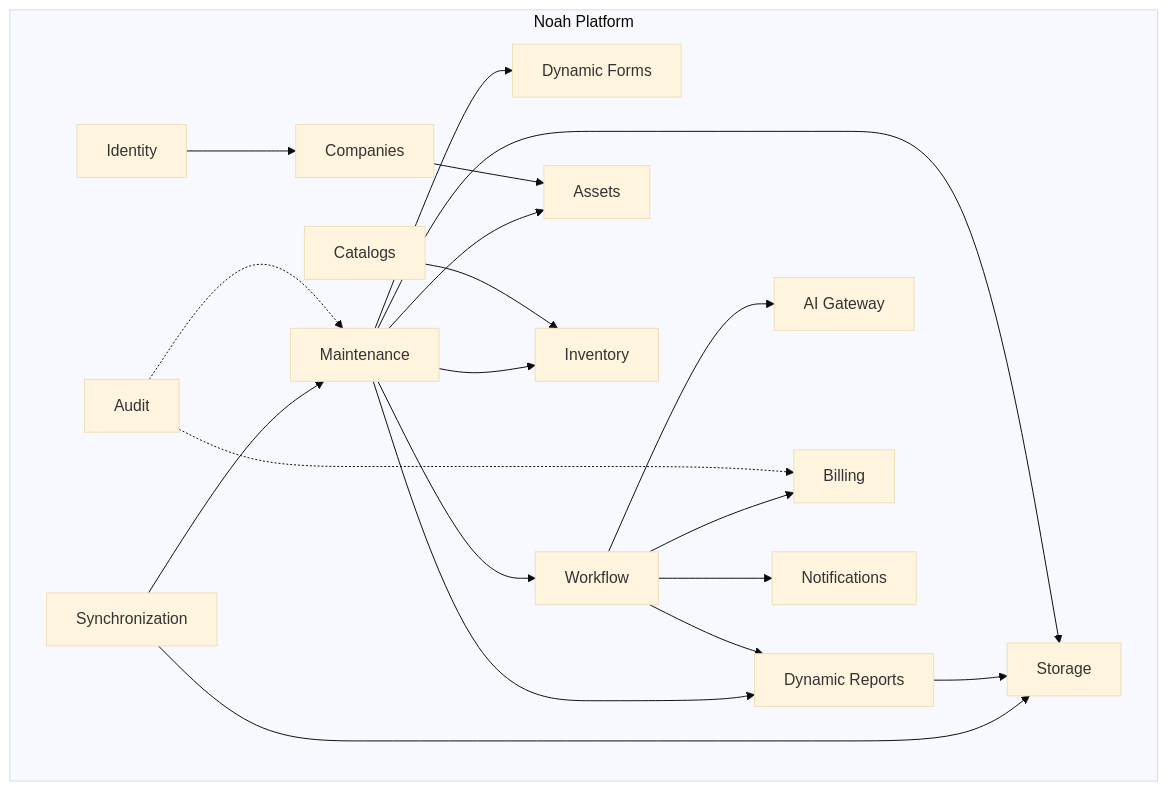
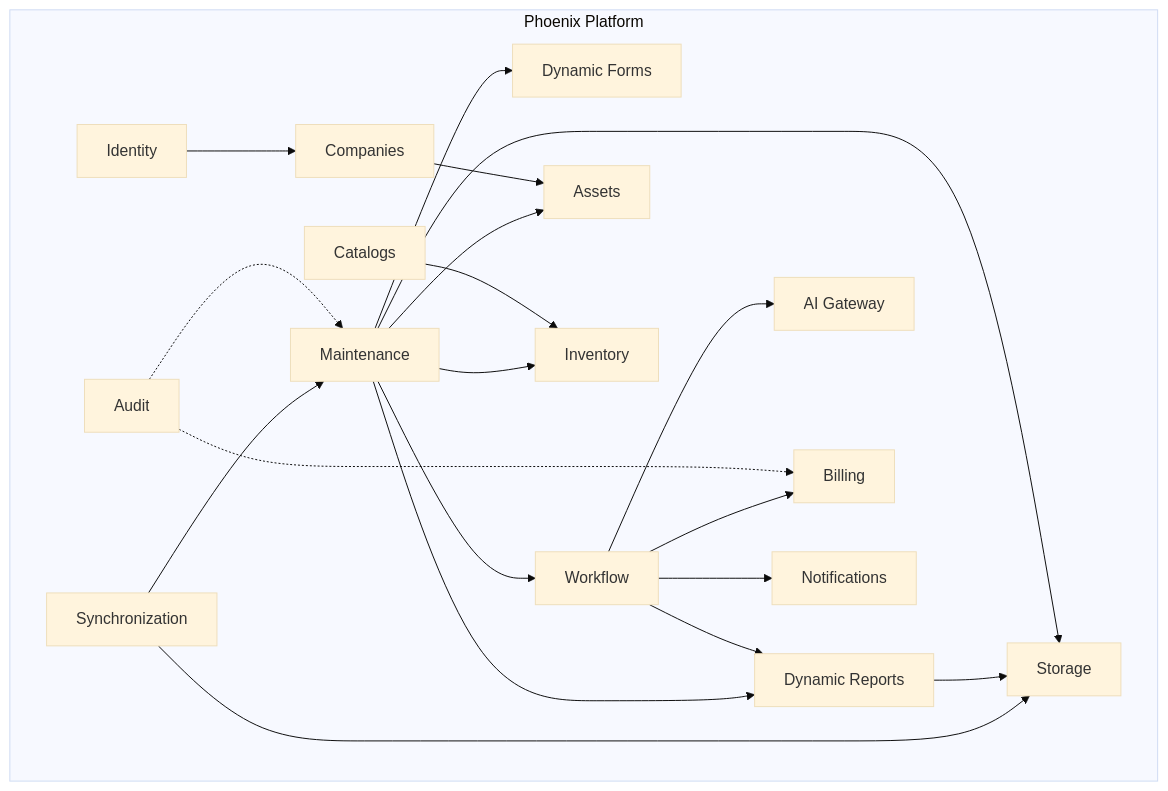
One commit to Adrian247/noah changed the first of 2 diagrams in openspec/architecture/context-map.md. Above: the diagram before and after it, drawn with Mermaid (base theme). The commit also changed other lines of this file and 402 other files, not shown here.

````diff
--- a/openspec/architecture/context-map.md
+++ b/openspec/architecture/context-map.md
@@ -3,39 +3,39 @@
 ```mermaid
 flowchart TB
-  subgraph noah [Noah Platform]
+  subgraph phoenix [Phoenix Platform]
     ID[Identity]
     CO[Companies]
     AS[Assets]
     CA[Catalogs]
     IN[Inventory]
     MA[Maintenance]
     DF[Dynamic Forms]
     DR[Dynamic Reports]
     WF[Workflow]
     BI[Billing]
     AI[AI Gateway]
     SY[Synchronization]
     ST[Storage]
     AU[Audit]
     NT[Notifications]
   end
 
   MA --> DF
   MA --> DR
   MA --> WF
   MA --> AS
   MA --> IN
   WF --> AI
   WF --> BI
   WF --> DR
   WF --> NT
   SY --> MA
   SY --> ST
   DR --> ST
   MA --> ST
   ID --> CO
   CO --> AS
   CA --> IN
   AU -.-> MA
   AU -.-> BI
 ```
````
